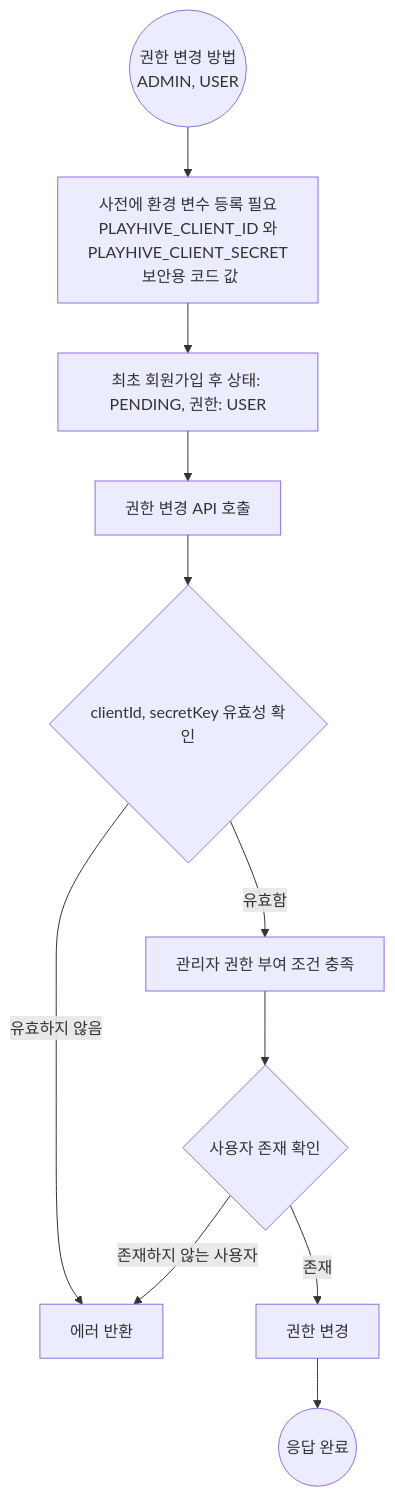
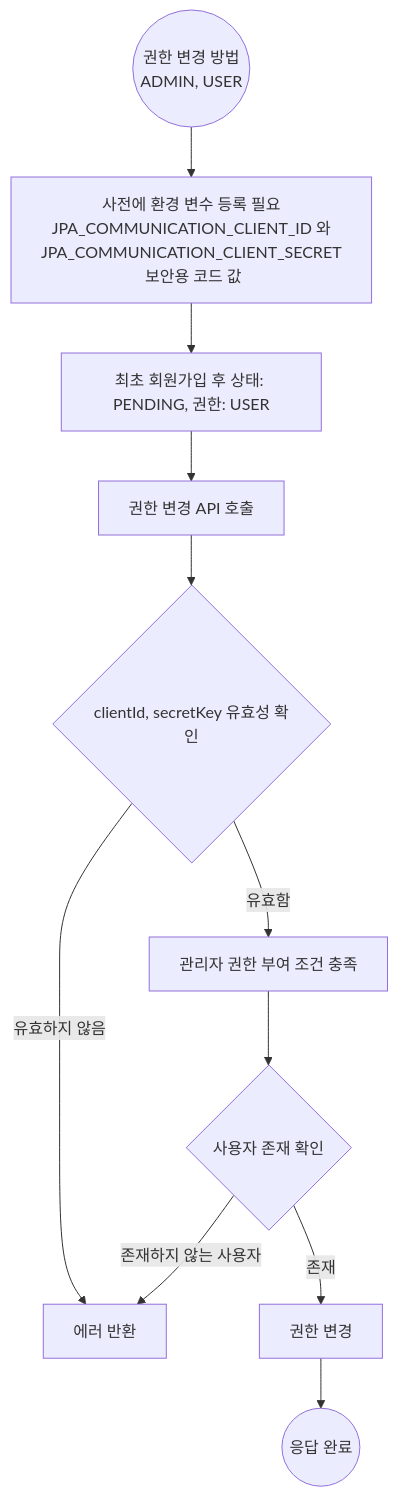
Before and after one commit to net79736/jpa-community: the third of 3 diagrams in src/main/resources/docs/LOGIN.md, drawn with Mermaid. The commit also changed other lines of this file and 15 other files, not shown here.

````diff
--- a/src/main/resources/docs/LOGIN.md
+++ b/src/main/resources/docs/LOGIN.md
@@ -26,13 +26,13 @@
 ```mermaid
 graph TD
-    A((권한 변경 방법\n ADMIN, USER)) --> B[사전에 환경 변수 등록 필요\n PLAYHIVE_CLIENT_ID 와 PLAYHIVE_CLIENT_SECRET\n 보안용 코드 값\n]
+    A((권한 변경 방법\n ADMIN, USER)) --> B[사전에 환경 변수 등록 필요\n JPA_COMMUNICATION_CLIENT_ID 와 JPA_COMMUNICATION_CLIENT_SECRET\n 보안용 코드 값\n]
     B --> C[최초 회원가입 후 상태: PENDING, 권한: USER]
     C --> D[권한 변경 API 호출]
     D --> E{clientId, secretKey 유효성 확인}
     E -->|유효함| F[관리자 권한 부여 조건 충족]
     E -->|유효하지 않음| G[에러 반환]
     F --> I{사용자 존재 확인}
     I -->|존재| J[권한 변경]
     I -->|존재하지 않는 사용자| G[에러 반환]
     J --> K((응답 완료))
 ```
````
